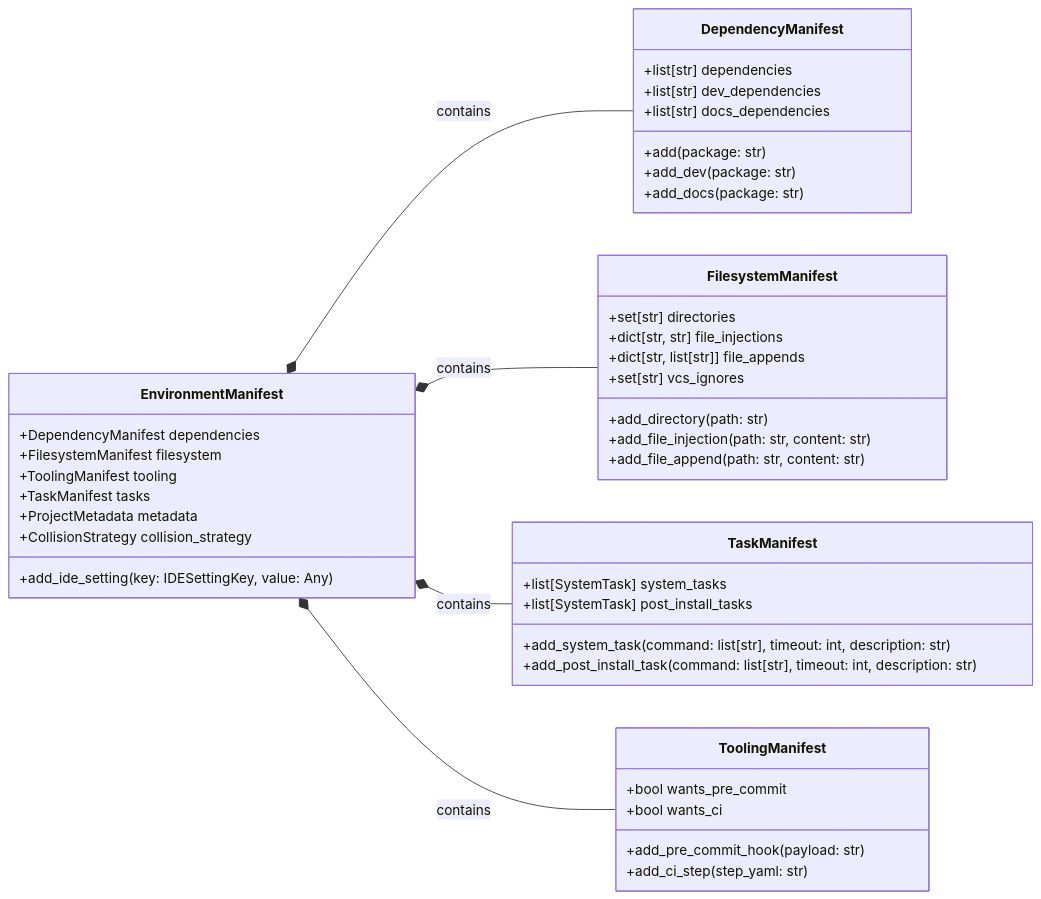
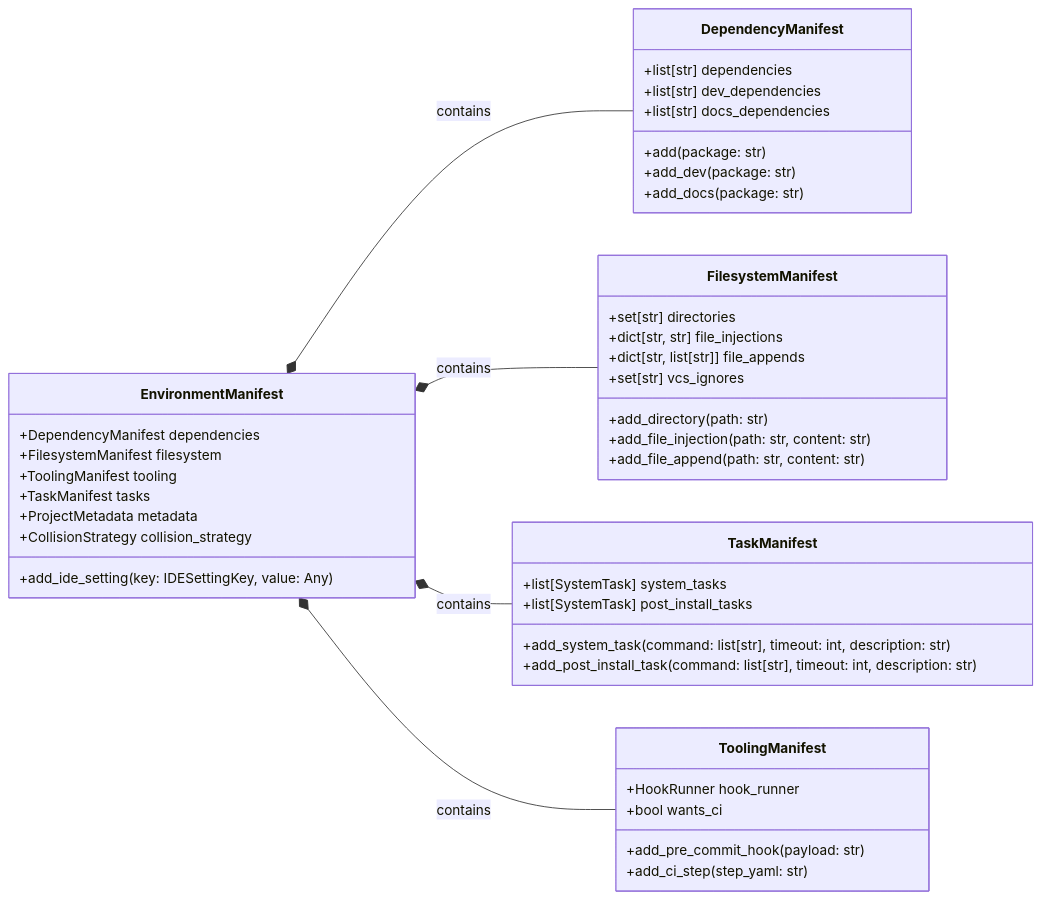
The first of 2 diagrams in docs/developer/api-reference.md (JacksonFergusonDev/protostar), drawn with Mermaid before and after one commit. The commit also changed 17 other files, not shown here.

First line of the commit message:
feat(tooling): model HookRunner and enforce mutual exclusivity for git hook managers (#233)

````diff
--- a/docs/developer/api-reference.md
+++ b/docs/developer/api-reference.md
@@ -7,52 +7,52 @@
 ```mermaid
 classDiagram
     direction LR
 
     class EnvironmentManifest {
         +DependencyManifest dependencies
         +FilesystemManifest filesystem
         +ToolingManifest tooling
         +TaskManifest tasks
         +ProjectMetadata metadata
         +CollisionStrategy collision_strategy
         +add_ide_setting(key: IDESettingKey, value: Any)
     }
 
     class DependencyManifest {
         +list[str] dependencies
         +list[str] dev_dependencies
         +list[str] docs_dependencies
         +add(package: str)
         +add_dev(package: str)
         +add_docs(package: str)
     }
 
     class FilesystemManifest {
         +set[str] directories
         +dict[str, str] file_injections
         +dict[str, list[str]] file_appends
         +set[str] vcs_ignores
         +add_directory(path: str)
         +add_file_injection(path: str, content: str)
         +add_file_append(path: str, content: str)
     }
 
     class TaskManifest {
         +list[SystemTask] system_tasks
         +list[SystemTask] post_install_tasks
         +add_system_task(command: list[str], timeout: int, description: str)
         +add_post_install_task(command: list[str], timeout: int, description: str)
     }
 
     class ToolingManifest {
-        +bool wants_pre_commit
+        +HookRunner hook_runner
         +bool wants_ci
         +add_pre_commit_hook(payload: str)
         +add_ci_step(step_yaml: str)
     }
 
     EnvironmentManifest *-- DependencyManifest : contains
     EnvironmentManifest *-- FilesystemManifest : contains
     EnvironmentManifest *-- TaskManifest : contains
     EnvironmentManifest *-- ToolingManifest : contains
 ```
````
